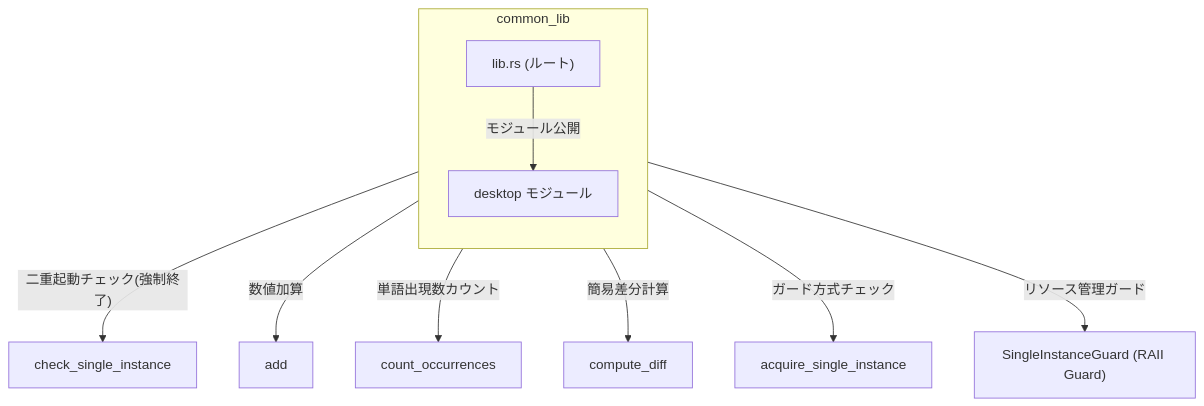
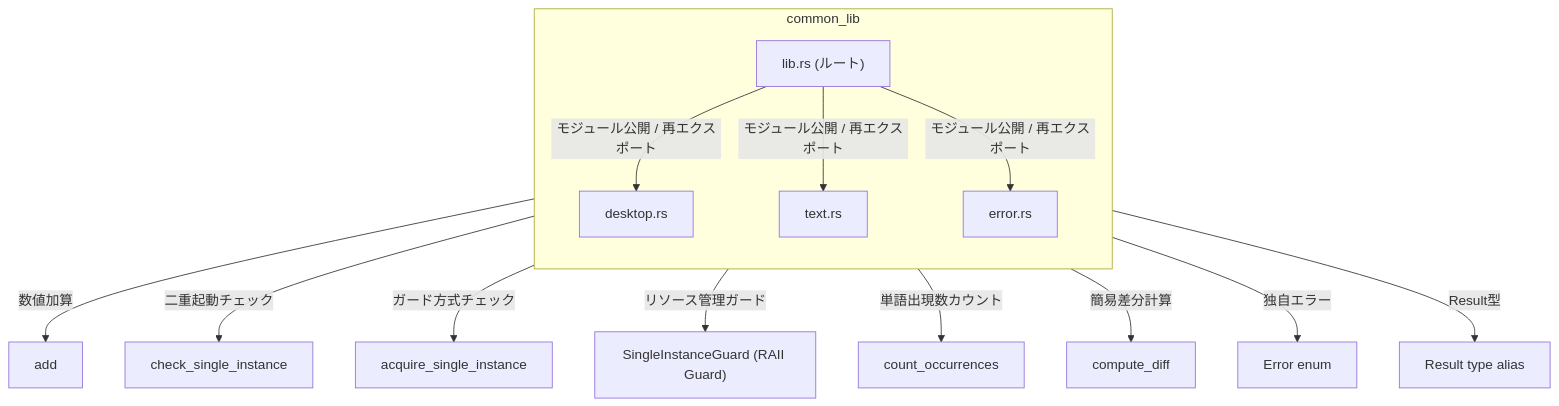
The first of 3 diagrams in docs/DIAGRAM.md (tkshnkgwr/common_lib), drawn with Mermaid before and after one commit. The commit also changed 6 other files, not shown here.

````diff
--- a/docs/DIAGRAM.md
+++ b/docs/DIAGRAM.md
@@ -7,17 +7,25 @@
 ```mermaid
 graph TD
     subgraph common_lib
         direction TB
         lib["lib.rs (ルート)"]
-        desktop["desktop モジュール"]
+        desktop["desktop.rs"]
+        text["text.rs"]
+        error["error.rs"]
     end
 
-    lib -->|"二重起動チェック(強制終了)"| check_single_instance["check_single_instance"]
+    lib -->|"モジュール公開 / 再エクスポート"| desktop
+    lib -->|"モジュール公開 / 再エクスポート"| text
+    lib -->|"モジュール公開 / 再エクスポート"| error
     lib -->|"数値加算"| add["add"]
-    lib -->|"単語出現数カウント"| count_occurrences["count_occurrences"]
-    lib -->|"簡易差分計算"| compute_diff["compute_diff"]
-    
-    lib -->|"モジュール公開"| desktop
+
+    desktop -->|"二重起動チェック"| check_single_instance["check_single_instance"]
     desktop -->|"ガード方式チェック"| acquire_single_instance["acquire_single_instance"]
     desktop -->|"リソース管理ガード"| SingleInstanceGuard["SingleInstanceGuard (RAII Guard)"]
+
+    text -->|"単語出現数カウント"| count_occurrences["count_occurrences"]
+    text -->|"簡易差分計算"| compute_diff["compute_diff"]
+
+    error -->|"独自エラー"| Error["Error enum"]
+    error -->|"Result型"| Result["Result type alias"]
 ```
````
